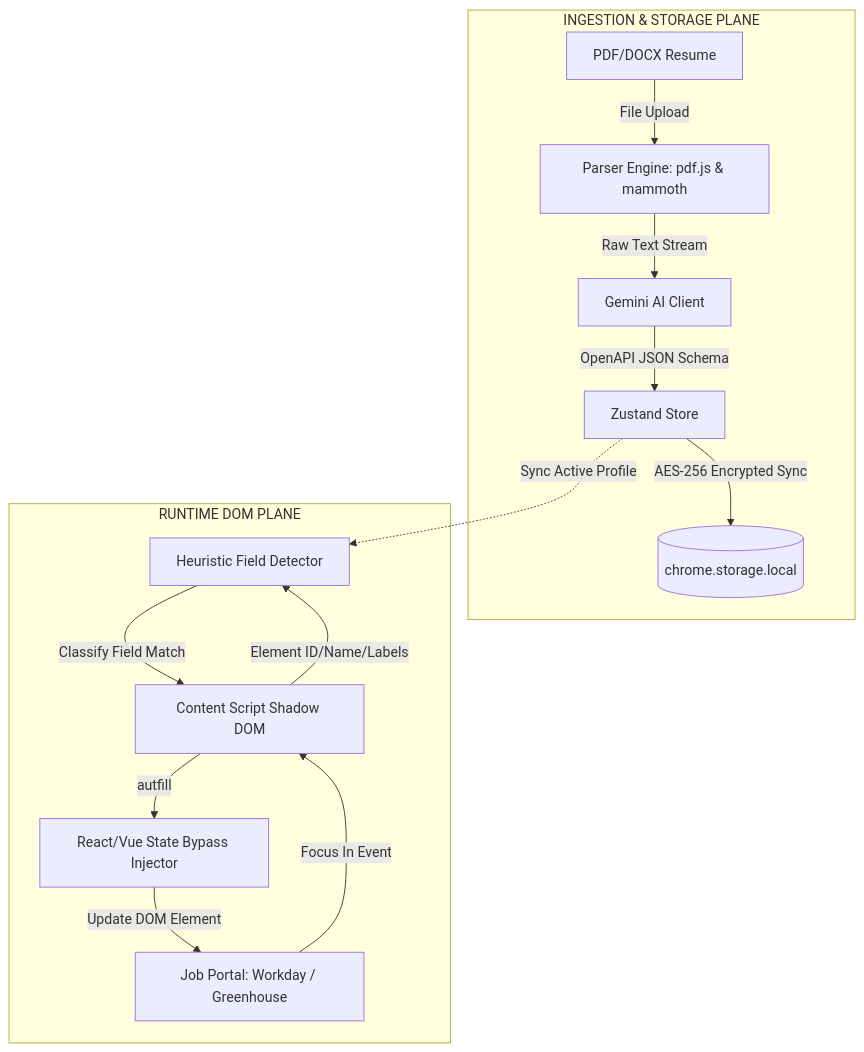
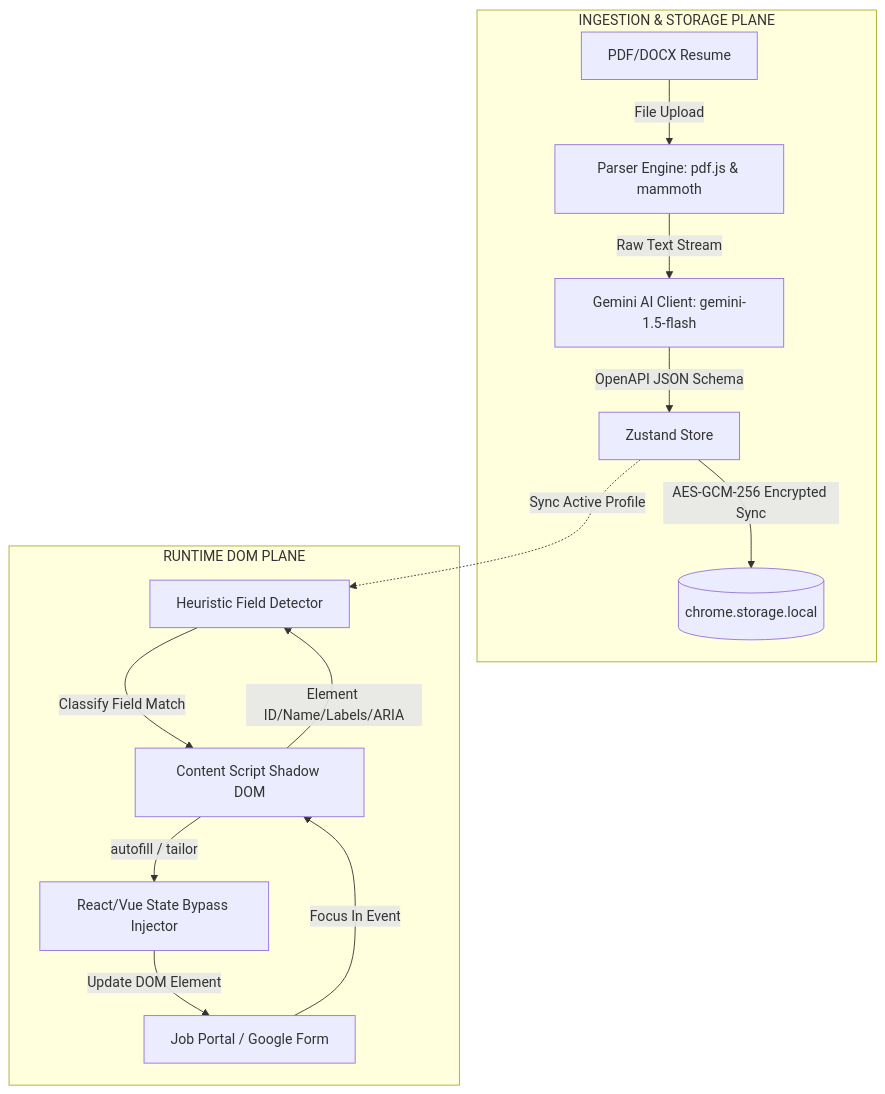
Before and after one commit to ShashankUmarVaishy/Auto-Resume-AI: the first of 2 diagrams in implementation.md, drawn with Mermaid. The commit also changed other lines of this file and 6 other files, not shown here.

````diff
--- a/implementation.md
+++ b/implementation.md
@@ -11,18 +11,18 @@
 ```mermaid
 graph TD
     subgraph INGESTION & STORAGE PLANE
         U[PDF/DOCX Resume] -->|File Upload| PE[Parser Engine: pdf.js & mammoth]
-        PE -->|Raw Text Stream| GC[Gemini AI Client]
+        PE -->|Raw Text Stream| GC[Gemini AI Client: gemini-1.5-flash]
         GC -->|OpenAPI JSON Schema| ZS[Zustand Store]
-        ZS -->|AES-256 Encrypted Sync| CS[(chrome.storage.local)]
+        ZS -->|AES-GCM-256 Encrypted Sync| CS[(chrome.storage.local)]
     end
 
     subgraph RUNTIME DOM PLANE
-        JB[Job Portal: Workday / Greenhouse] -->|Focus In Event| CSG[Content Script Shadow DOM]
-        CSG -->|Element ID/Name/Labels| FD[Heuristic Field Detector]
+        JB[Job Portal / Google Form] -->|Focus In Event| CSG[Content Script Shadow DOM]
+        CSG -->|Element ID/Name/Labels/ARIA| FD[Heuristic Field Detector]
         ZS -.->|Sync Active Profile| FD
         FD -->|Classify Field Match| CSG
-        CSG -->| autfill | INJ[React/Vue State Bypass Injector]
+        CSG -->| autofill / tailor | INJ[React/Vue State Bypass Injector]
         INJ -->|Update DOM Element| JB
     end
 ```
````
